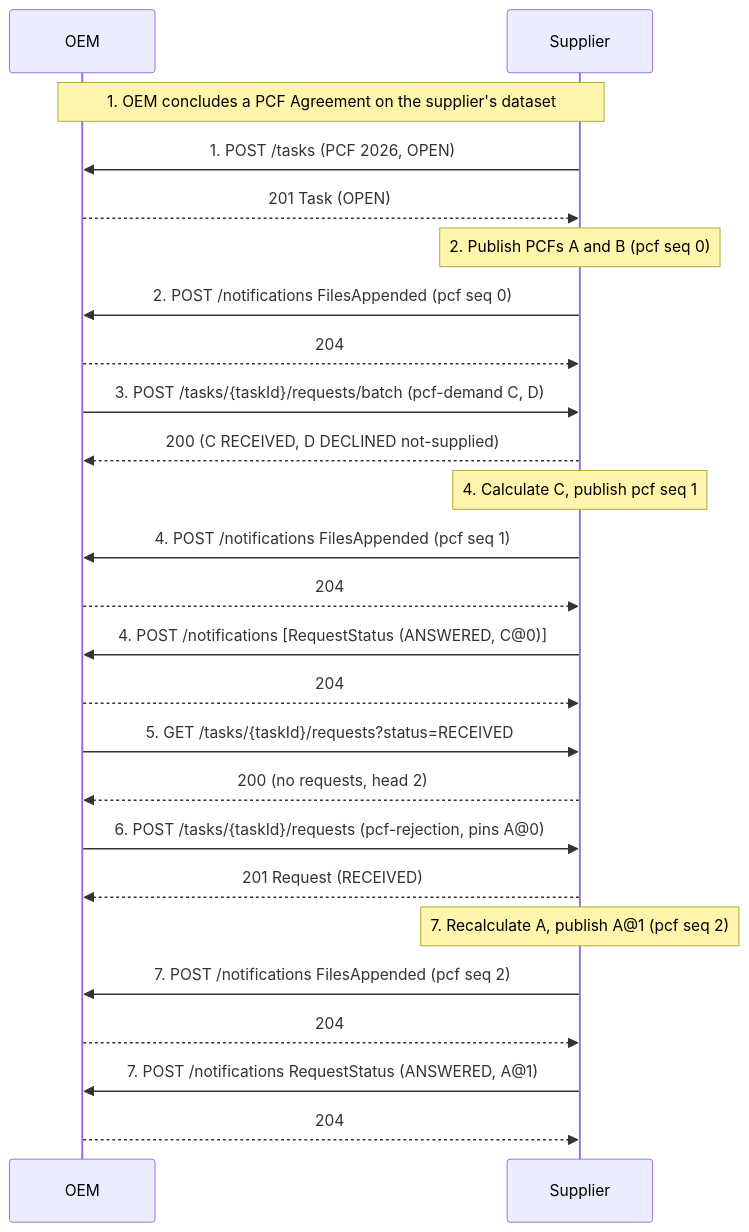
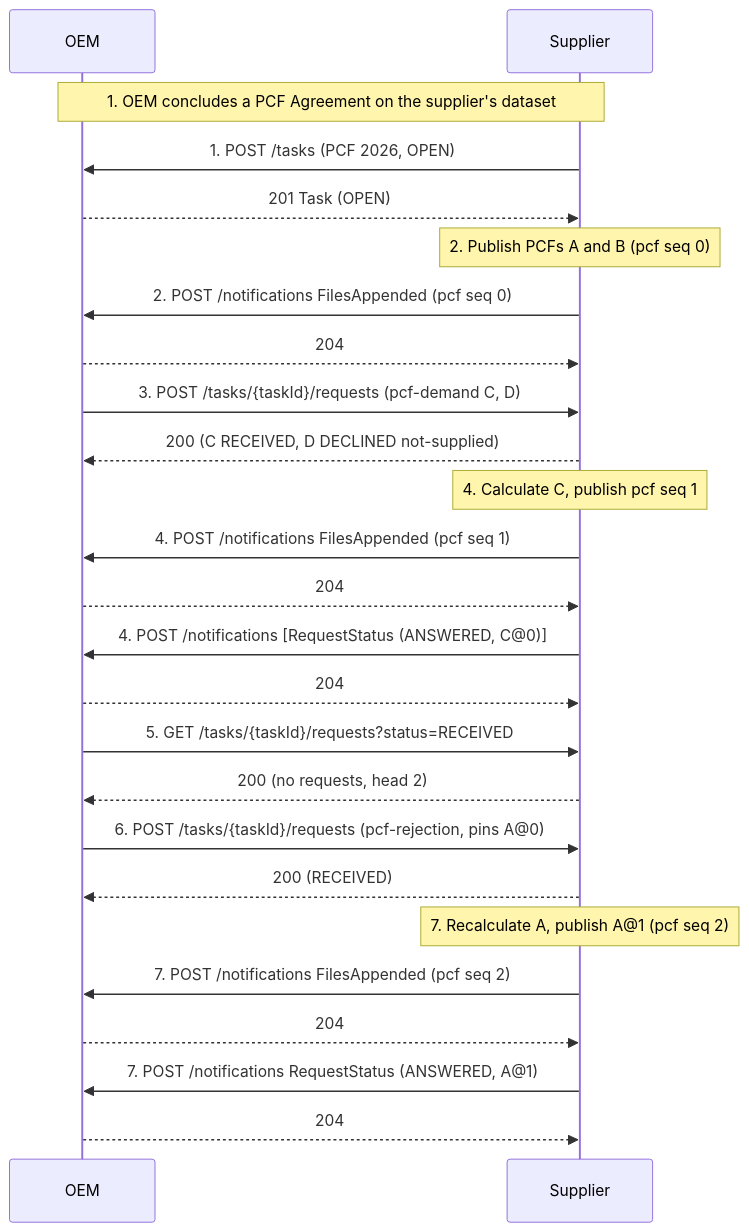
The fourth of 4 diagrams in specs/stc/task-collaboration-walkthroughs.md (Metaform/dsaf-specs), drawn with Mermaid before and after one commit. The commit also changed other lines of this file and 5 other files, not shown here.

First line of the commit message:
docs: merge batch request creation into request creation in STC

````diff
--- a/specs/stc/task-collaboration-walkthroughs.md
+++ b/specs/stc/task-collaboration-walkthroughs.md
@@ -508,27 +520,27 @@
 ```mermaid
 sequenceDiagram
     participant OEM
     participant Supplier
     Note over OEM,Supplier: 1. OEM concludes a PCF Agreement on the supplier's dataset
     Supplier->>OEM: 1. POST /tasks (PCF 2026, OPEN)
     OEM-->>Supplier: 201 Task (OPEN)
     Note over Supplier: 2. Publish PCFs A and B (pcf seq 0)
     Supplier->>OEM: 2. POST /notifications FilesAppended (pcf seq 0)
     OEM-->>Supplier: 204
-    OEM->>Supplier: 3. POST /tasks/{taskId}/requests/batch (pcf-demand C, D)
+    OEM->>Supplier: 3. POST /tasks/{taskId}/requests (pcf-demand C, D)
     Supplier-->>OEM: 200 (C RECEIVED, D DECLINED not-supplied)
     Note over Supplier: 4. Calculate C, publish pcf seq 1
     Supplier->>OEM: 4. POST /notifications FilesAppended (pcf seq 1)
     OEM-->>Supplier: 204
     Supplier->>OEM: 4. POST /notifications [RequestStatus (ANSWERED, C@0)]
     OEM-->>Supplier: 204
     OEM->>Supplier: 5. GET /tasks/{taskId}/requests?status=RECEIVED
     Supplier-->>OEM: 200 (no requests, head 2)
     OEM->>Supplier: 6. POST /tasks/{taskId}/requests (pcf-rejection, pins A@0)
-    Supplier-->>OEM: 201 Request (RECEIVED)
+    Supplier-->>OEM: 200 (RECEIVED)
     Note over Supplier: 7. Recalculate A, publish A@1 (pcf seq 2)
     Supplier->>OEM: 7. POST /notifications FilesAppended (pcf seq 2)
     OEM-->>Supplier: 204
     Supplier->>OEM: 7. POST /notifications RequestStatus (ANSWERED, A@1)
     OEM-->>Supplier: 204
 ```
````
